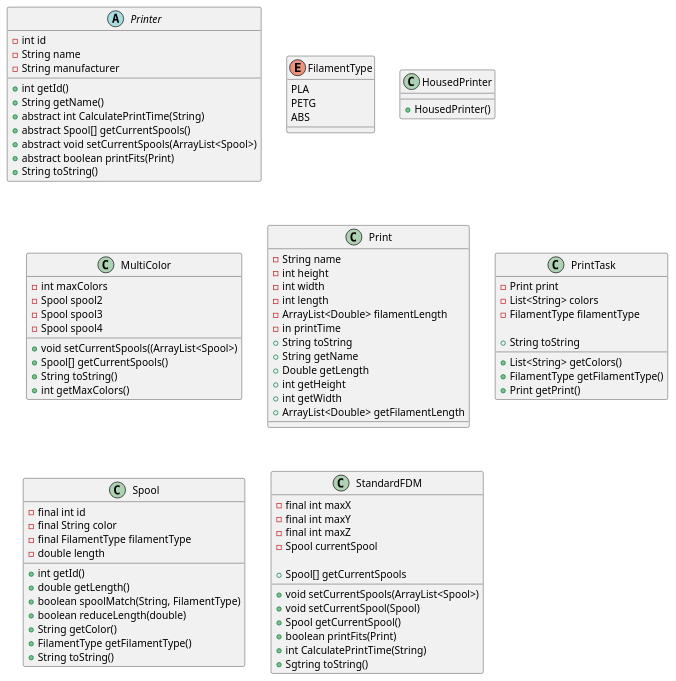
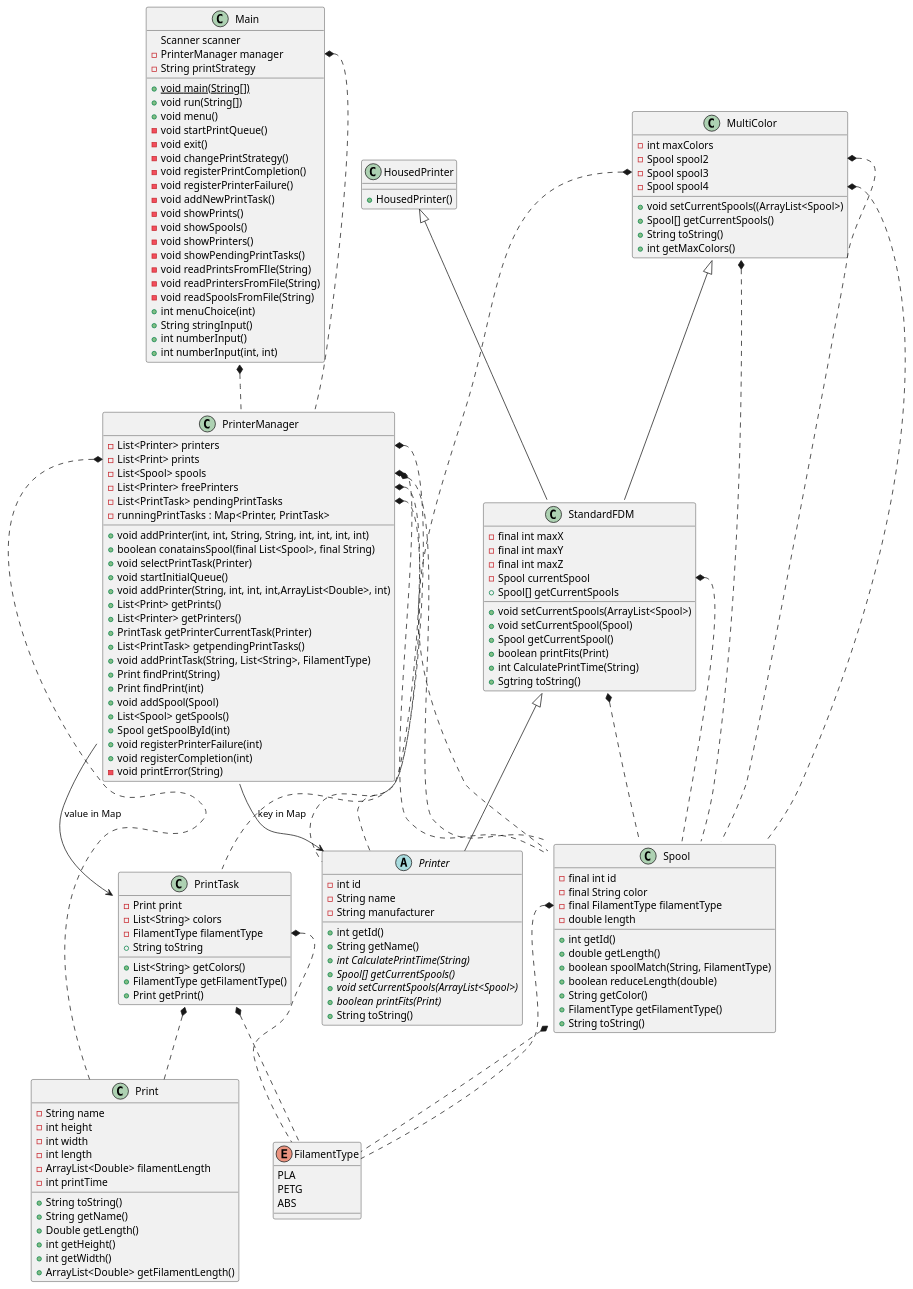
The diagram in 3dprintscheduler-main/docs/ClassDiagram.puml (mhountsword/SysteemOntwerp), drawn with PlantUML before and after one commit. The commit also changed 3 other files, not shown here.

Commit message:
classDiagram added

```diff
--- a/3dprintscheduler-main/docs/ClassDiagram.puml
+++ b/3dprintscheduler-main/docs/ClassDiagram.puml
@@ -1,92 +1,164 @@
 @startuml
-
 abstract class Printer{
 - int id
 -String name
 -String manufacturer
 + int getId()
 + String getName()
-+ abstract int CalculatePrintTime(String)
-+ abstract Spool[] getCurrentSpools()
-+abstract void setCurrentSpools(ArrayList<Spool>)
-+ abstract boolean printFits(Print)
++ {abstract} int CalculatePrintTime(String)
++ {abstract} Spool[] getCurrentSpools()
++{abstract} void setCurrentSpools(ArrayList<Spool>)
++ {abstract} boolean printFits(Print)
 +String toString()
 }
-
 enum FilamentType{
-PLA
-PETG
-ABS
+    PLA
+    PETG
+    ABS
 }
-
 class HousedPrinter{
 + HousedPrinter()
 }
-
 class MultiColor{
 - int maxColors
 - Spool spool2
 - Spool spool3
 - Spool spool4
-
 + void setCurrentSpools((ArrayList<Spool>)
 + Spool[] getCurrentSpools()
 +String toString()
 +int getMaxColors()
 }
-
 class Print{
 -String name
 -int height
 -int width
 -int length
 -ArrayList<Double> filamentLength
--in printTime
-+String toString
-+String getName
-+Double getLength
-+int getHeight
-+int getWidth
-+ ArrayList<Double> getFilamentLength
+-int printTime
++String toString()
++String getName()
++Double getLength()
++int getHeight()
++int getWidth()
++ ArrayList<Double> getFilamentLength()
 }
-
 class PrintTask{
 -Print print
 -List<String> colors
 -FilamentType filamentType
-
 + List<String> getColors()
 +FilamentType getFilamentType()
 +Print getPrint()
 +String toString
 }
 class Spool{
 -final int id
 -final String color
 - final FilamentType filamentType
 -double length
-
 +int getId()
 +double getLength()
 +boolean spoolMatch(String, FilamentType)
 +boolean reduceLength(double)
 +String getColor()
 +FilamentType getFilamentType()
 +String toString()
 }
-
 class StandardFDM{
 -final int maxX
 -final int maxY
 -final int maxZ
-- Spool currentSpool
-
+-Spool currentSpool
 +void setCurrentSpools(ArrayList<Spool>)
 +void setCurrentSpool(Spool)
 +Spool getCurrentSpool()
 +Spool[] getCurrentSpools
 +boolean printFits(Print)
 +int CalculatePrintTime(String)
 +Sgtring toString()
 }
+class PrinterManager{
+-List<Printer> printers
+- List<Print> prints
+-List<Spool> spools
+-List<Printer> freePrinters
+-List<PrintTask> pendingPrintTasks
+- runningPrintTasks : Map<Printer, PrintTask>
++void addPrinter(int, int, String, String, int, int, int, int)
++boolean conatainsSpool(final List<Spool>, final String)
++void selectPrintTask(Printer)
++void startInitialQueue()
++void addPrinter(String, int, int, int,ArrayList<Double>, int)
++List<Print> getPrints()
++List<Printer> getPrinters()
++PrintTask getPrinterCurrentTask(Printer)
++List<PrintTask> getpendingPrintTasks()
++void addPrintTask(String, List<String>, FilamentType)
++Print findPrint(String)
++Print findPrint(int)
++void addSpool(Spool)
++List<Spool> getSpools()
++Spool getSpoolById(int)
++void registerPrinterFailure(int)
++void registerCompletion(int)
+-void printError(String)
+}
+class Main{
+Scanner scanner
+-PrinterManager manager
+-String printStrategy
++{static} void main(String[])
++void run(String[])
++void menu()
+-void startPrintQueue()
+-void exit()
+-void changePrintStrategy()
+-void registerPrintCompletion()
+-void registerPrinterFailure()
+-void addNewPrintTask()
+-void showPrints()
+-void showSpools()
+-void showPrinters()
+-void showPendingPrintTasks()
+-void readPrintsFromFIle(String)
+-void readPrintersFromFile(String)
+-void readSpoolsFromFile(String)
++int menuChoice(int)
++String stringInput()
++int numberInput()
++int numberInput(int, int)
+}
+
+StandardFDM <|-- Printer
+MultiColor <|-- StandardFDM
+HousedPrinter <|-- StandardFDM
+PrintTask *.. FilamentType
+PrintTask *.. Print
+MultiColor *.. Spool
+Spool *.. FilamentType
+StandardFDM *.. Spool
+Main *.. PrinterManager
+PrinterManager::printers *.. Printer
+PrinterManager::prints *.. Print
+PrinterManager::spools *.. Spool
+PrinterManager::freeSpools *.. Spool
+PrinterManager::freePrinters *.. Printer
+PrinterManager::pendingPrintTask *.. PrintTask
+PrinterManager--> Printer : "key in Map"
+PrinterManager--> PrintTask : "value in Map"
+StandardFDM::currentSpool *.. Spool
+Spool::filamentType *.. FilamentType
+PrintTask::filamentType *.. FilamentType
+Main::manager *.. PrinterManager
+MultiColor::spool2 *.. Spool
+MultiColor::spool3 *.. Spool
+MultiColor::spool4 *.. Spool
+
+
+
+
+
+
+
 @enduml
```
